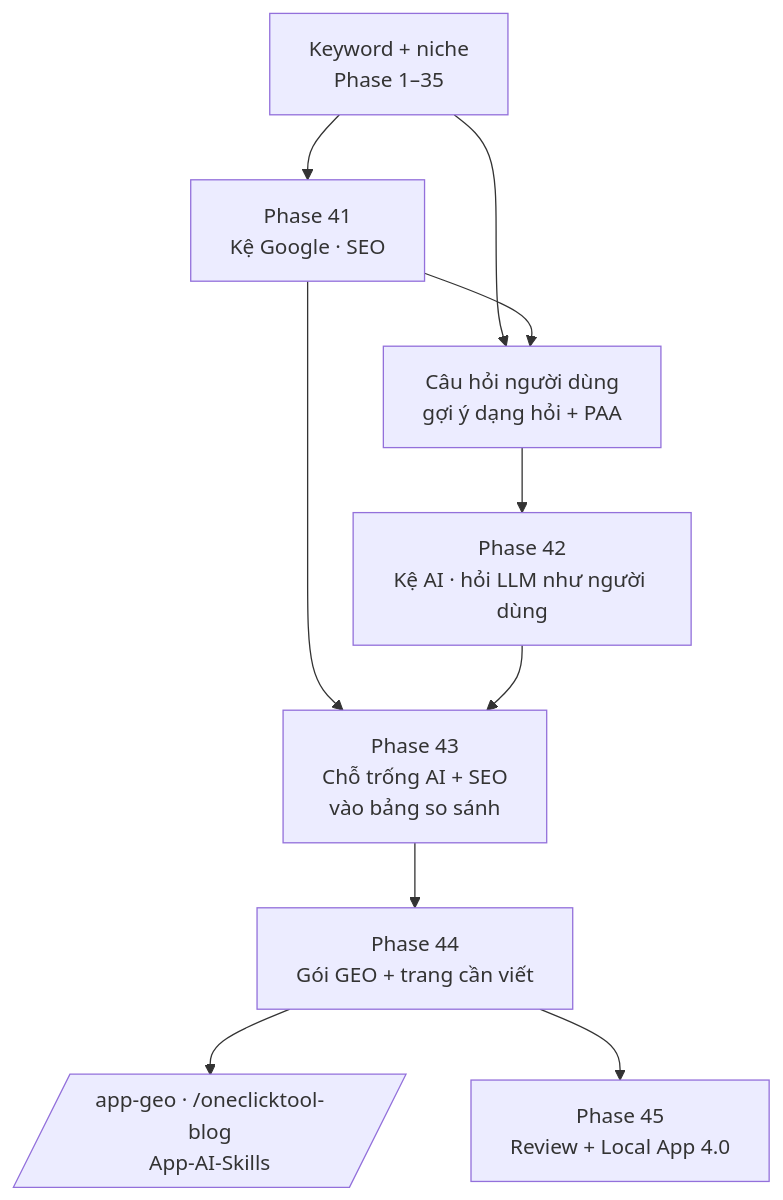
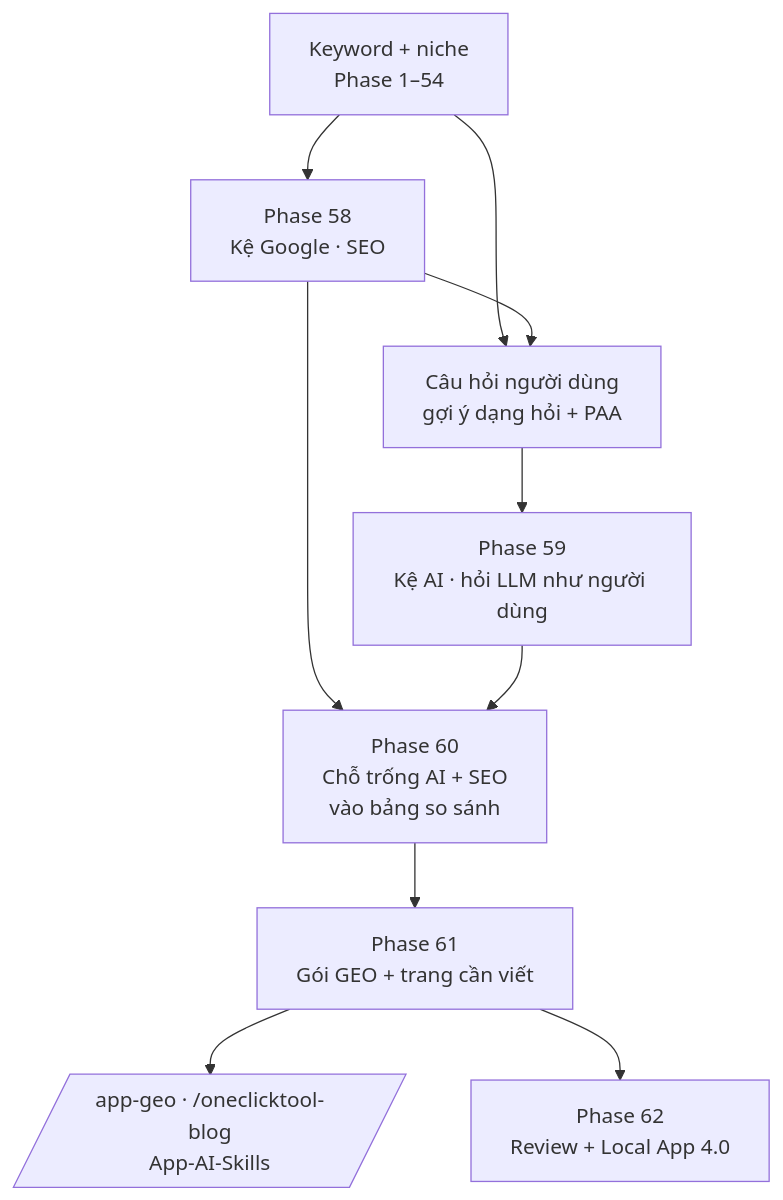
One commit to nvminhtu/niche-radar-docs changed the diagram in docs/web/version-4.md. Above: the diagram before and after it, drawn with Mermaid. The commit also changed other lines of this file and 474 other files, not shown here.

Commit message:
sync: đánh số lại phase theo thứ tự làm (1–62), KO LÀM → Backlog 01–21, link cũ tự chuyển trang

````diff
--- a/docs/web/version-4.md
+++ b/docs/web/version-4.md
@@ -27,11 +27,11 @@
 ```mermaid
 flowchart TB
-  K[Keyword + niche<br/>Phase 1–35] --> S[Phase 41<br/>Kệ Google · SEO]
+  K[Keyword + niche<br/>Phase 1–54] --> S[Phase 58<br/>Kệ Google · SEO]
   K --> Q[Câu hỏi người dùng<br/>gợi ý dạng hỏi + PAA]
   S --> Q
-  Q --> A[Phase 42<br/>Kệ AI · hỏi LLM như người dùng]
-  S & A --> G[Phase 43<br/>Chỗ trống AI + SEO<br/>vào bảng so sánh]
-  G --> P[Phase 44<br/>Gói GEO + trang cần viết]
+  Q --> A[Phase 59<br/>Kệ AI · hỏi LLM như người dùng]
+  S & A --> G[Phase 60<br/>Chỗ trống AI + SEO<br/>vào bảng so sánh]
+  G --> P[Phase 61<br/>Gói GEO + trang cần viết]
   P --> X[/app-geo · /oneclicktool-blog<br/>App-AI-Skills/]
-  P --> L[Phase 45<br/>Review + Local App 4.0]
+  P --> L[Phase 62<br/>Review + Local App 4.0]
 ```
````
